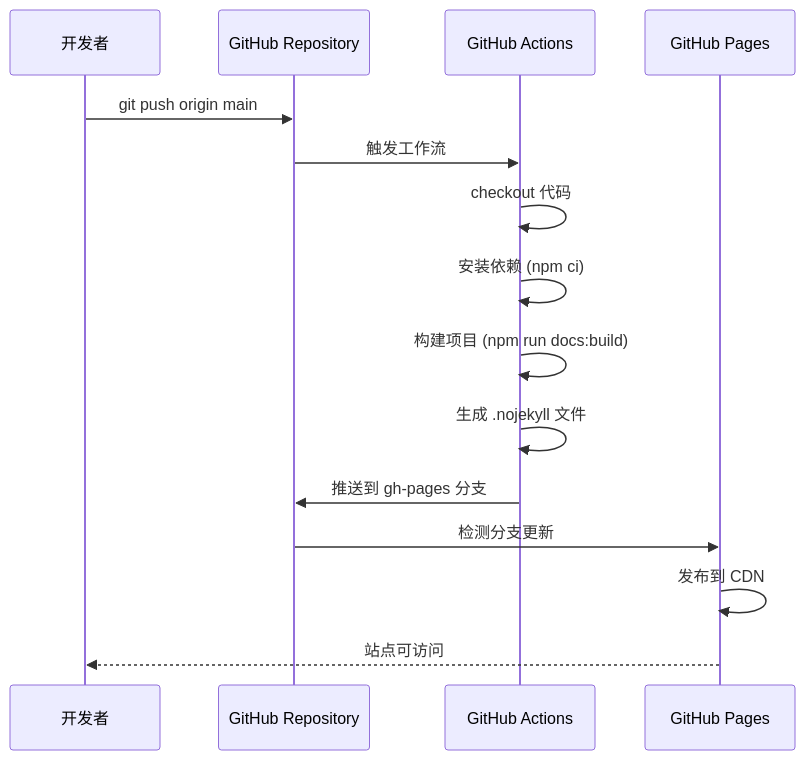
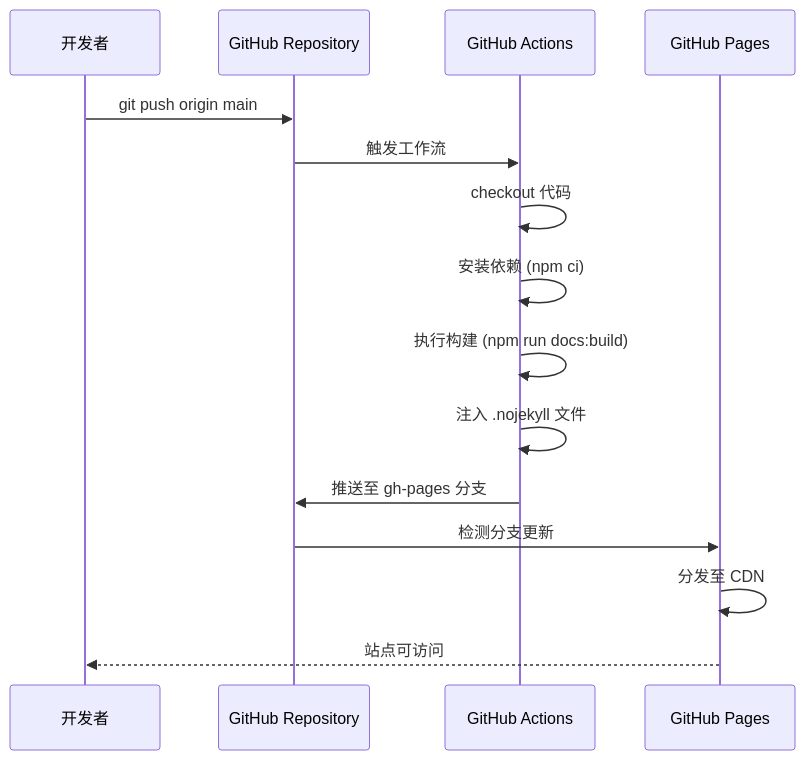
Before and after one commit to AldenWangExis/AldenWangExis.github.io: the third of 4 diagrams in _posts/2026-01-08-vuepress-github-pages-deployment.md, drawn with Mermaid. The commit also changed other lines of this file, not shown here.

Commit message:
refactor(posts): Revise VuePress GitHub Pages deployment guide for clarity and accuracy, enhancing section titles and descriptions

````diff
--- a/_posts/2026-01-08-vuepress-github-pages-deployment.md
+++ b/_posts/2026-01-08-vuepress-github-pages-deployment.md
@@ -231,18 +231,18 @@
 ```mermaid
 sequenceDiagram
     participant Dev as 开发者
     participant Git as GitHub Repository
     participant Actions as GitHub Actions
     participant Pages as GitHub Pages
 
     Dev->>Git: git push origin main
     Git->>Actions: 触发工作流
     Actions->>Actions: checkout 代码
     Actions->>Actions: 安装依赖 (npm ci)
-    Actions->>Actions: 构建项目 (npm run docs:build)
-    Actions->>Actions: 生成 .nojekyll 文件
-    Actions->>Git: 推送到 gh-pages 分支
+    Actions->>Actions: 执行构建 (npm run docs:build)
+    Actions->>Actions: 注入 .nojekyll 文件
+    Actions->>Git: 推送至 gh-pages 分支
     Git->>Pages: 检测分支更新
-    Pages->>Pages: 发布到 CDN
+    Pages->>Pages: 分发至 CDN
     Pages-->>Dev: 站点可访问
 ```
````
